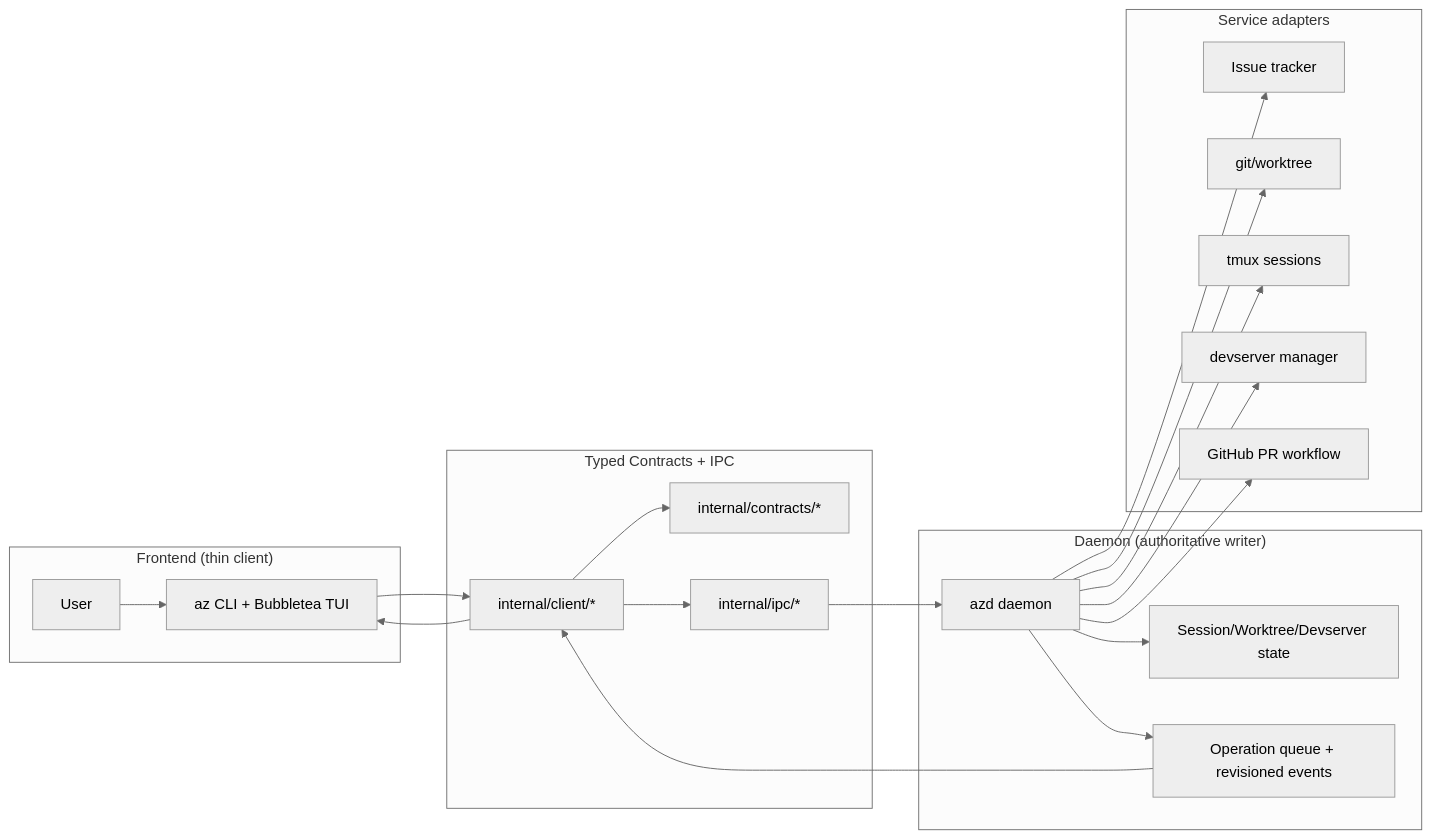
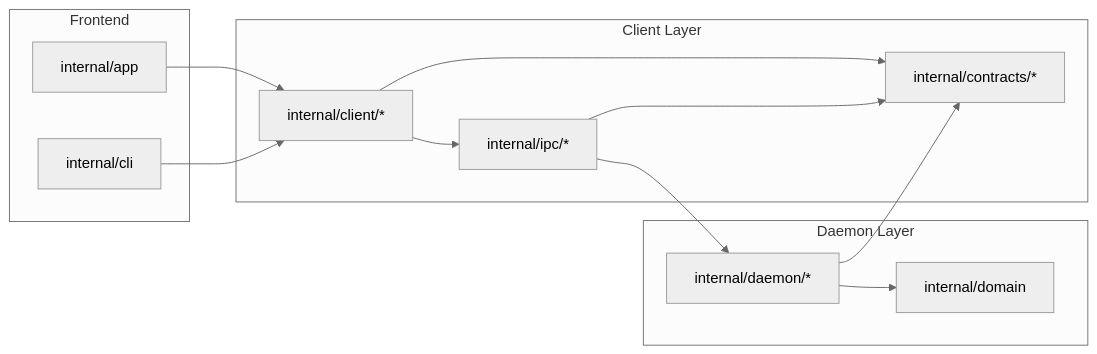
The first of 6 diagrams in README.md (riordanpawley/azedarach), drawn with Mermaid (neutral theme) before and after one commit. The commit also changed other lines of this file, not shown here.

````diff
--- a/README.md
+++ b/README.md
@@ -85,42 +85,27 @@
 ```mermaid
 flowchart LR
-  subgraph Frontend["Frontend (thin client)"]
-    U[User]
-    AZ[az CLI + Bubbletea TUI]
+  subgraph FE["Frontend"]
+    APP[internal/app]
+    CLI[internal/cli]
   end
 
-  subgraph Boundary["Typed Contracts + IPC"]
-    C[internal/contracts/*]
+  subgraph CL["Client Layer"]
+    CLIENT[internal/client/*]
     IPC[internal/ipc/*]
-    CLIENT[internal/client/*]
+    CONTRACTS[internal/contracts/*]
   end
 
-  subgraph Daemon["Daemon (authoritative writer)"]
-    AZD[azd daemon]
-    STATE[Session/Worktree/Devserver state]
-    OPS[Operation queue + revisioned events]
+  subgraph DM["Daemon Layer"]
+    DAEMON[internal/daemon/*]
+    DOMAIN[internal/domain]
   end
 
-  subgraph Adapters["Service adapters"]
-    ISSUES[Issue tracker]
-    GIT[git/worktree]
-    TMUX[tmux sessions]
-    DEV[devserver manager]
-    PR[GitHub PR workflow]
-  end
-
-  U --> AZ
-  AZ --> CLIENT
-  CLIENT --> C
+  APP --> CLIENT
+  CLI --> CLIENT
   CLIENT --> IPC
-  IPC --> AZD
-  AZD --> STATE
-  AZD --> OPS
-  AZD --> ISSUES
-  AZD --> GIT
-  AZD --> TMUX
-  AZD --> DEV
-  AZD --> PR
-  OPS --> CLIENT
-  CLIENT --> AZ
+  CLIENT --> CONTRACTS
+  IPC --> CONTRACTS
+  IPC --> DAEMON
+  DAEMON --> CONTRACTS
+  DAEMON --> DOMAIN
 ```
````
